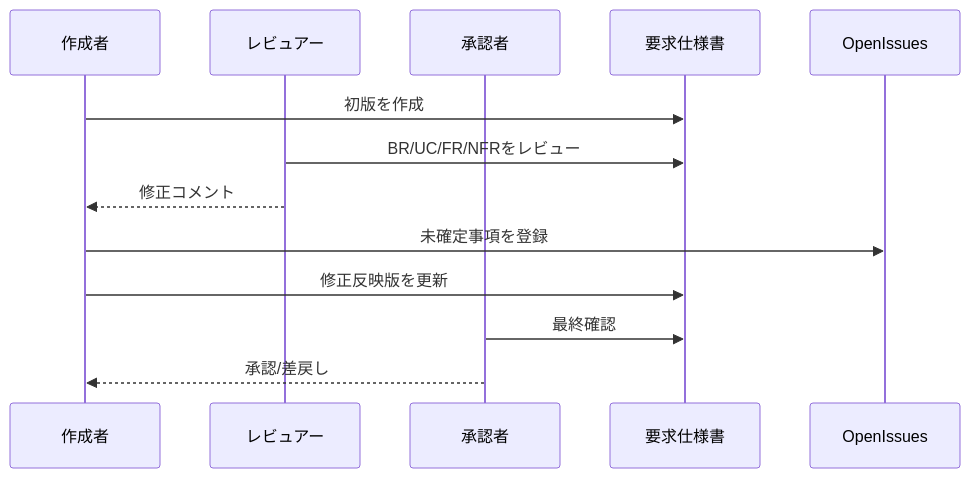
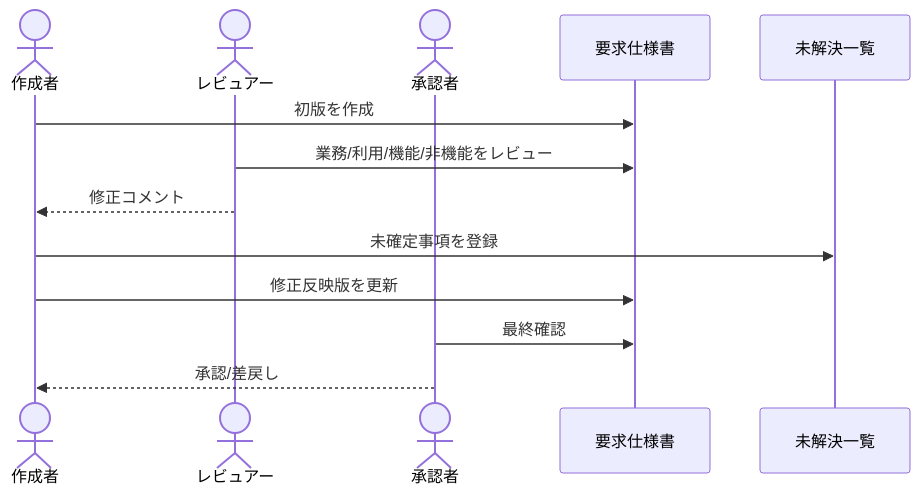
Before and after one commit to shioki/requirements-to-spec-template: the second of 2 diagrams in template.md, drawn with Mermaid. The commit also changed other lines of this file and 12 other files, not shown here.

````diff
--- a/template.md
+++ b/template.md
@@ -22,16 +45,16 @@
 ```mermaid
 sequenceDiagram
-  participant Author as 作成者
-  participant Reviewer as レビュアー
-  participant Approver as 承認者
+  actor Author as 作成者
+  actor Reviewer as レビュアー
+  actor Approver as 承認者
   participant Spec as 要求仕様書
-  participant OI as OpenIssues
+  participant OpenIssues as 未解決一覧
 
   Author->>Spec: 初版を作成
-  Reviewer->>Spec: BR/UC/FR/NFRをレビュー
+  Reviewer->>Spec: 業務/利用/機能/非機能をレビュー
   Reviewer-->>Author: 修正コメント
-  Author->>OI: 未確定事項を登録
+  Author->>OpenIssues: 未確定事項を登録
   Author->>Spec: 修正反映版を更新
   Approver->>Spec: 最終確認
   Approver-->>Author: 承認/差戻し
 ```
````
